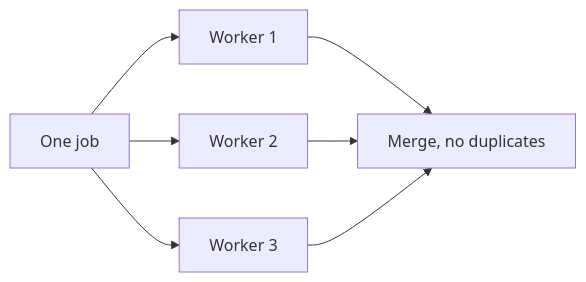
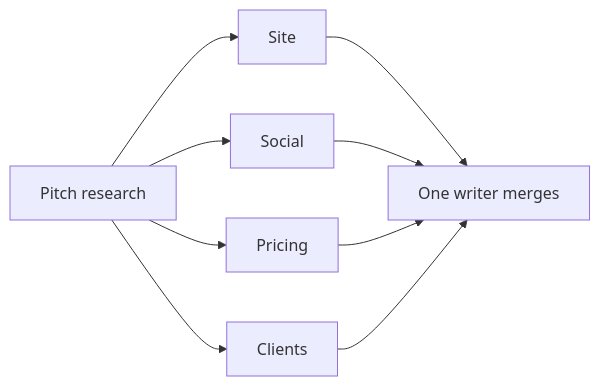
Before and after one commit to learnwithparam/agentic-ai-live-labs: the diagram in docs/labs/31-parallel-workers.md, drawn with Mermaid. The commit also changed other lines of this file and 46 other files, not shown here.

````diff
--- a/docs/labs/31-parallel-workers.md
+++ b/docs/labs/31-parallel-workers.md
@@ -7,9 +7,11 @@
 ```mermaid
 flowchart LR
-  A["One job"] --> W1["Worker 1"]
-  A --> W2["Worker 2"]
-  A --> W3["Worker 3"]
-  W1 --> M["Merge, no duplicates"]
+  A["Pitch research"] --> W1["Site"]
+  A --> W2["Social"]
+  A --> W3["Pricing"]
+  A --> W4["Clients"]
+  W1 --> M["One writer merges"]
   W2 --> M
   W3 --> M
+  W4 --> M
 ```
````
